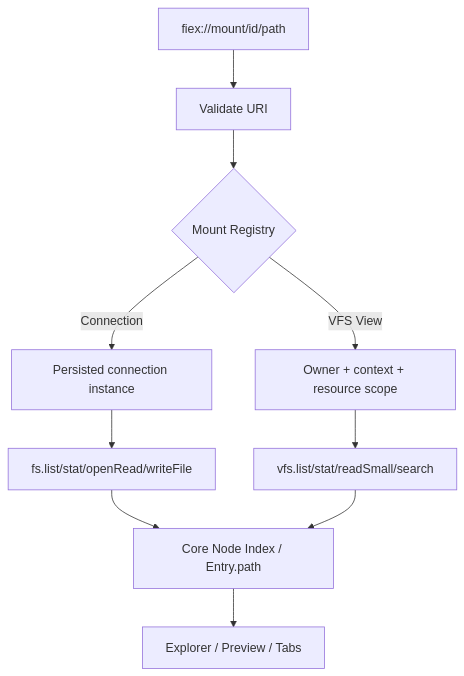
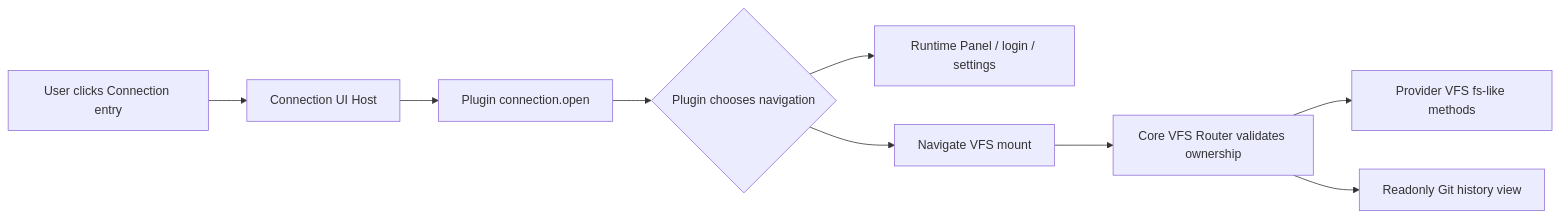
One commit to kevinhuang001/fiex changed the first of 4 diagrams in docs/plugins/05-VFS-CONNECTION-SYNC.md. Above: the diagram before and after it, drawn with Mermaid. The commit also changed other lines of this file and 10 other files, not shown here.

Commit message:
docs: decouple permission policy, decoration event subscription, and connection VFS

````diff
--- a/docs/plugins/05-VFS-CONNECTION-SYNC.md
+++ b/docs/plugins/05-VFS-CONNECTION-SYNC.md
@@ -7,12 +7,11 @@
 ```mermaid
-flowchart TD
-  URI["fiex://mount/id/path"] --> Parse["Validate URI"]
-  Parse --> Registry{"Mount Registry"}
-  Registry -->|Connection| Conn["Persisted connection instance"]
-  Registry -->|VFS View| View["Owner + context + resource scope"]
-  Conn --> Remote["fs.list/stat/openRead/writeFile"]
-  View --> ReadOnly["vfs.list/stat/readSmall/search"]
-  Remote --> NodeMap["Core Node Index / Entry.path"]
-  ReadOnly --> NodeMap
-  NodeMap --> UI["Explorer / Preview / Tabs"]
+flowchart LR
+  Click["User clicks Connection entry"] --> Host["Connection UI Host"]
+  Host --> Handler["Plugin connection.open"]
+  Handler --> Decide{"Plugin chooses navigation"}
+  Decide --> Panel["Runtime Panel / login / settings"]
+  Decide --> Nav["Navigate VFS mount"]
+  Nav --> VFS["Core VFS Router validates ownership"]
+  VFS --> Cloud["Provider VFS fs-like methods"]
+  VFS --> Git["Readonly Git history view"]
 ```
````
